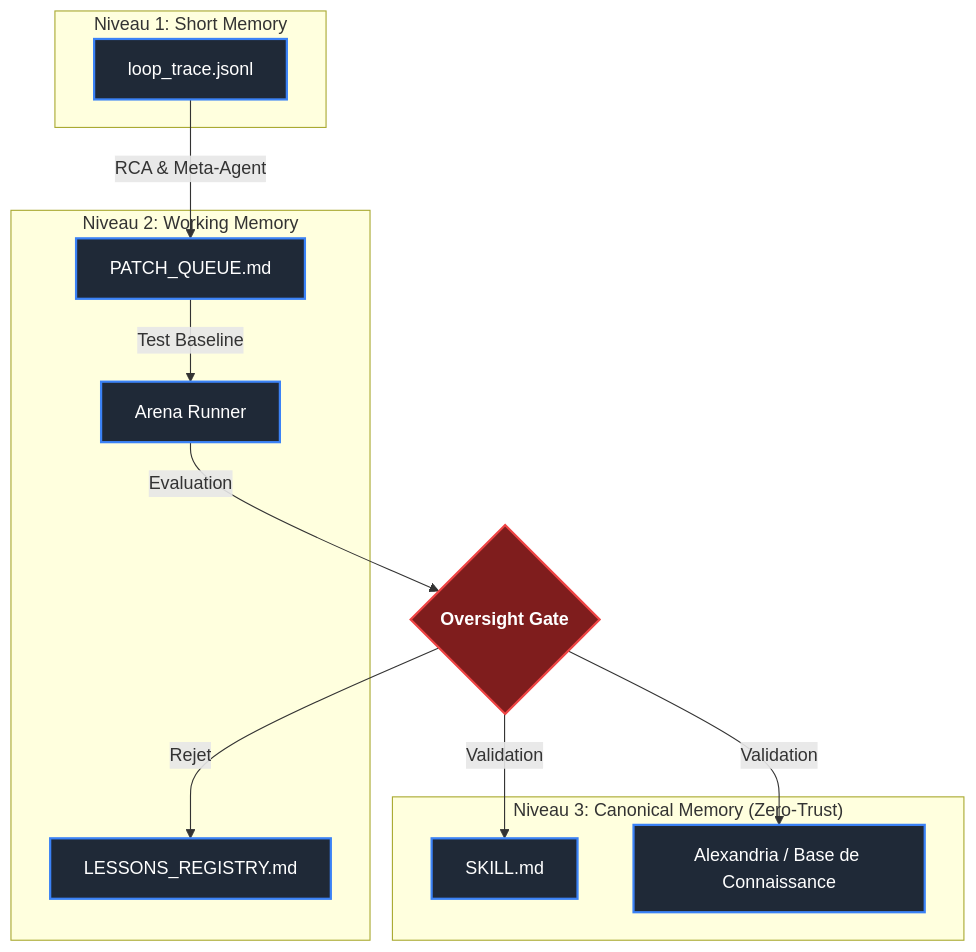
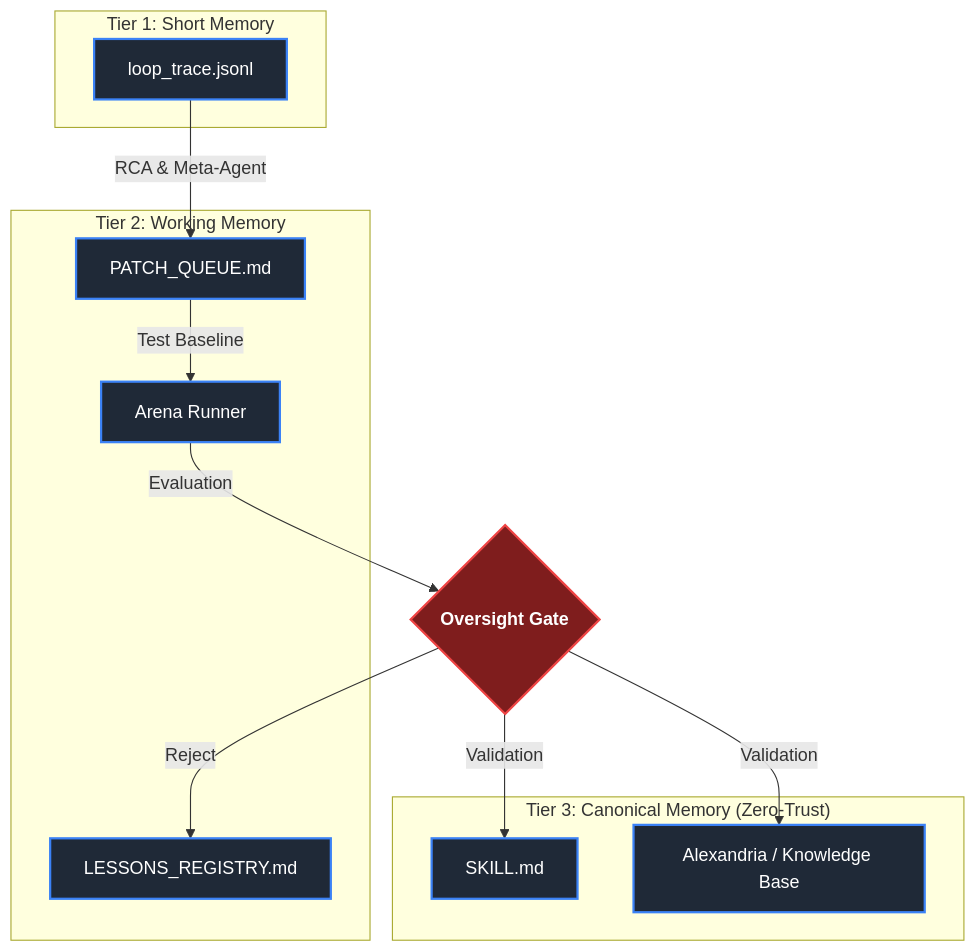
The first of 2 diagrams in 32-SIA-TESLA-H/README.md (lordmahonheim-bot/Tesla-Antigravity-CLI), drawn with Mermaid before and after one commit. The commit also changed other lines of this file and 14 other files, not shown here.

````diff
--- a/32-SIA-TESLA-H/README.md
+++ b/32-SIA-TESLA-H/README.md
@@ -20,30 +22,30 @@
 ```mermaid
 graph TD
-    subgraph "Niveau 1: Short Memory"
+    subgraph "Tier 1: Short Memory"
         LT["loop_trace.jsonl"]
     end
 
-    subgraph "Niveau 2: Working Memory"
+    subgraph "Tier 2: Working Memory"
         PQ["PATCH_QUEUE.md"]
         LR["LESSONS_REGISTRY.md"]
         ARENA["Arena Runner"]
     end
 
-    subgraph "Niveau 3: Canonical Memory (Zero-Trust)"
+    subgraph "Tier 3: Canonical Memory (Zero-Trust)"
         SKILL["SKILL.md"]
-        ALEX["Alexandria / Base de Connaissance"]
+        ALEX["Alexandria / Knowledge Base"]
     end
 
     LT -->|"RCA & Meta-Agent"| PQ
     PQ -->|"Test Baseline"| ARENA
     ARENA -->|"Evaluation"| GATE{"Oversight Gate"}
 
-    GATE -->|"Rejet"| LR
+    GATE -->|"Reject"| LR
     GATE -->|"Validation"| SKILL
     GATE -->|"Validation"| ALEX
 
     classDef memory fill:#1f2937,stroke:#3b82f6,stroke-width:2px,color:#fff;
     classDef gate fill:#7f1d1d,stroke:#ef4444,stroke-width:2px,color:#fff,font-weight:bold;
     class LT,PQ,LR,SKILL,ALEX,ARENA memory;
     class GATE gate;
 ```
````
